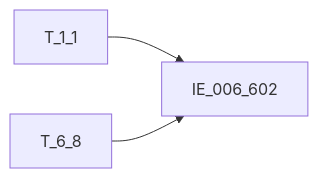
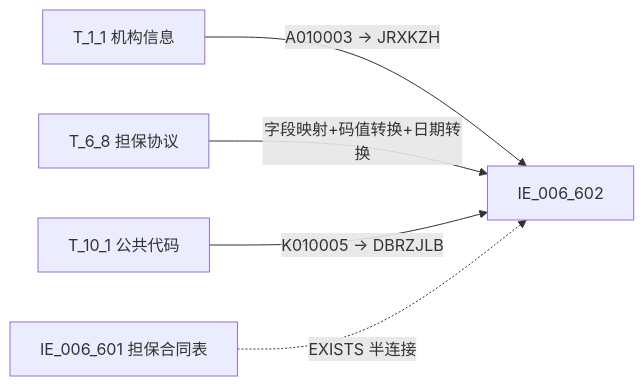
Before and after one commit to zhoujk1989-arch/Obsidian: the diagram in regulatory-data-lab/知识库/血缘/EAST5.0系统/血缘-IE_006_602-表内外业务担保人-EAST5.0系统.md, drawn with Mermaid. The commit also changed other lines of this file and 5 other files, not shown here.

````diff
--- a/regulatory-data-lab/知识库/血缘/EAST5.0系统/血缘-IE_006_602-表内外业务担保人-EAST5.0系统.md
+++ b/regulatory-data-lab/知识库/血缘/EAST5.0系统/血缘-IE_006_602-表内外业务担保人-EAST5.0系统.md
@@ -77,5 +83,7 @@
 ```mermaid
 flowchart LR
-    S1["T_1_1"] --> T["IE_006_602"]
-    S2["T_6_8"] --> T["IE_006_602"]
+    S1["T_1_1 机构信息"] -->|"A010003 → JRXKZH"| T["IE_006_602"]
+    S2["T_6_8 担保协议"] -->|"字段映射+码值转换+日期转换"| T["IE_006_602"]
+    S3["T_10_1 公共代码"] -->|"K010005 → DBRZJLB"| T["IE_006_602"]
+    S4["IE_006_601 担保合同表"] -.->|"EXISTS 半连接"| T["IE_006_602"]
 ```
````
